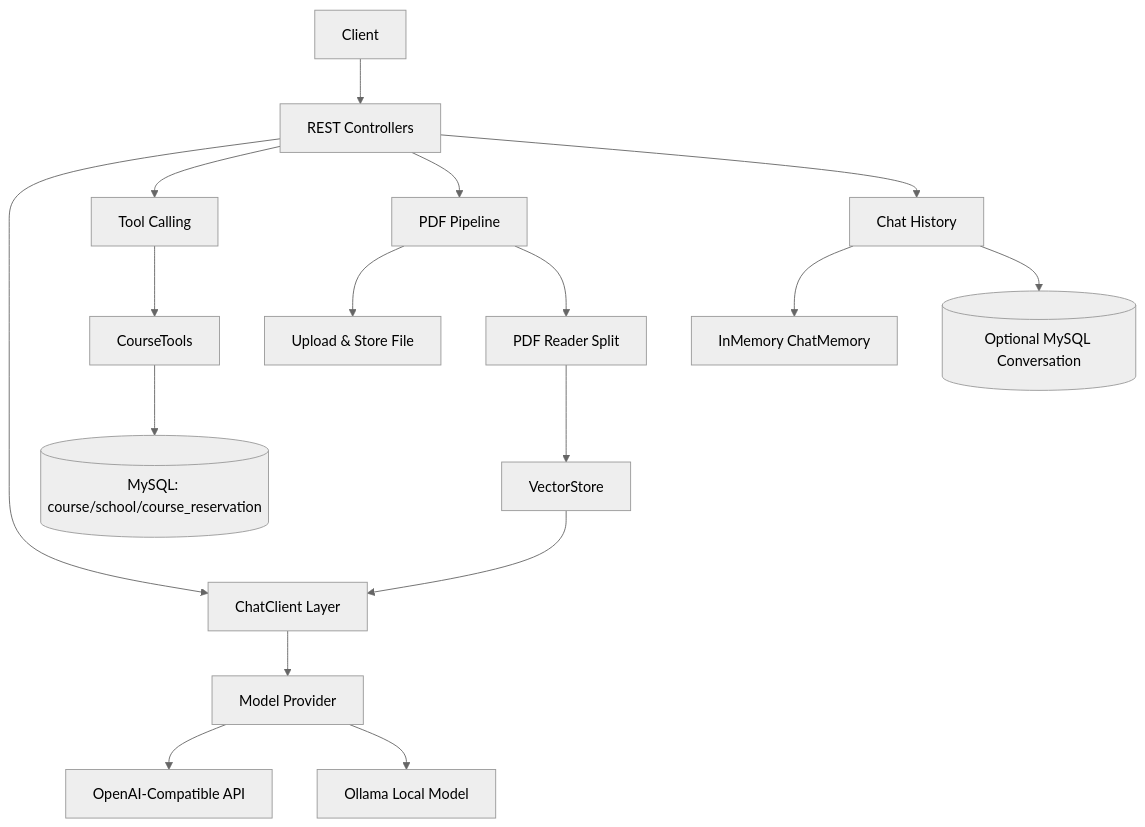
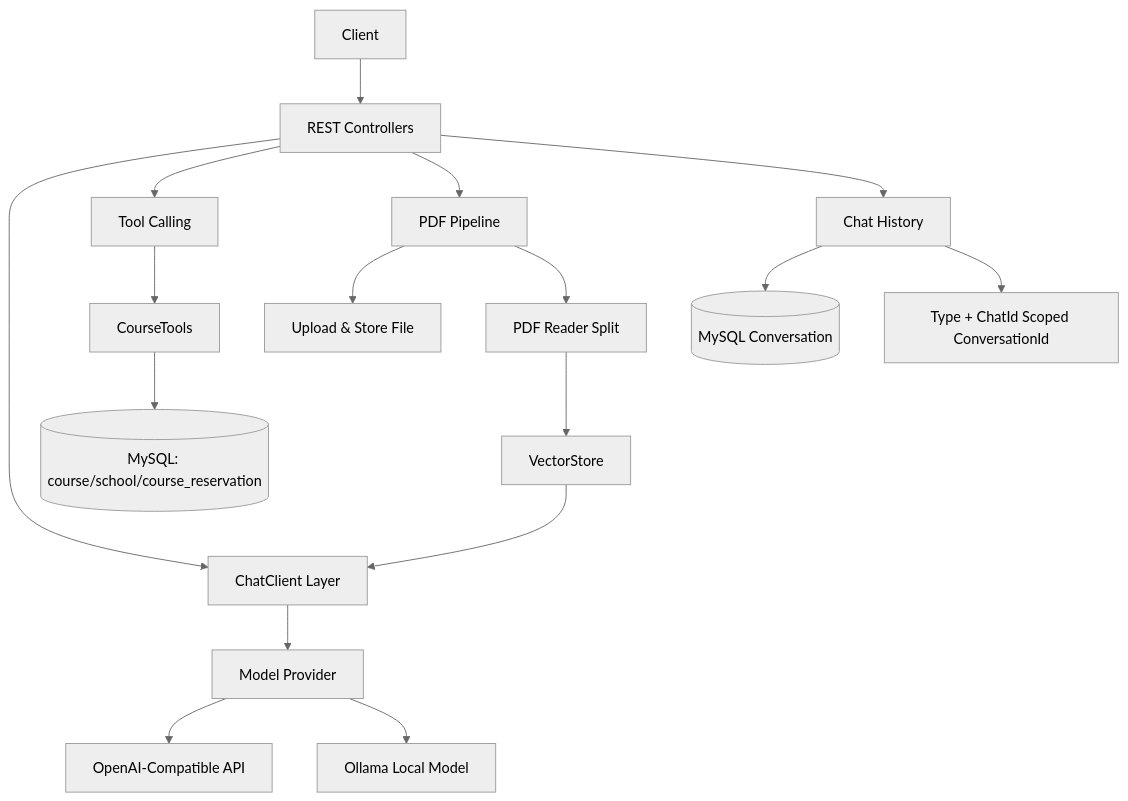
One commit to however-yir/knowledgeops-agent changed the diagram in README.md. Above: the diagram before and after it, drawn with Mermaid (neutral theme). The commit also changed other lines of this file and 14 other files, not shown here.

````diff
--- a/README.md
+++ b/README.md
@@ -76,22 +76,22 @@
 ```mermaid
 flowchart TD
     A[Client] --> B[REST Controllers]
     B --> C[ChatClient Layer]
     C --> D[Model Provider]
     D --> D1[OpenAI-Compatible API]
     D --> D2[Ollama Local Model]
 
     B --> E[Tool Calling]
     E --> E1[CourseTools]
     E1 --> E2[(MySQL: course/school/course_reservation)]
 
     B --> F[PDF Pipeline]
     F --> F1[Upload & Store File]
     F --> F2[PDF Reader Split]
     F2 --> F3[VectorStore]
     F3 --> C
 
     B --> G[Chat History]
-    G --> G1[InMemory ChatMemory]
-    G --> G2[(Optional MySQL Conversation)]
+    G --> G1[(MySQL Conversation)]
+    G --> G2[Type + ChatId Scoped ConversationId]
 ```
````
